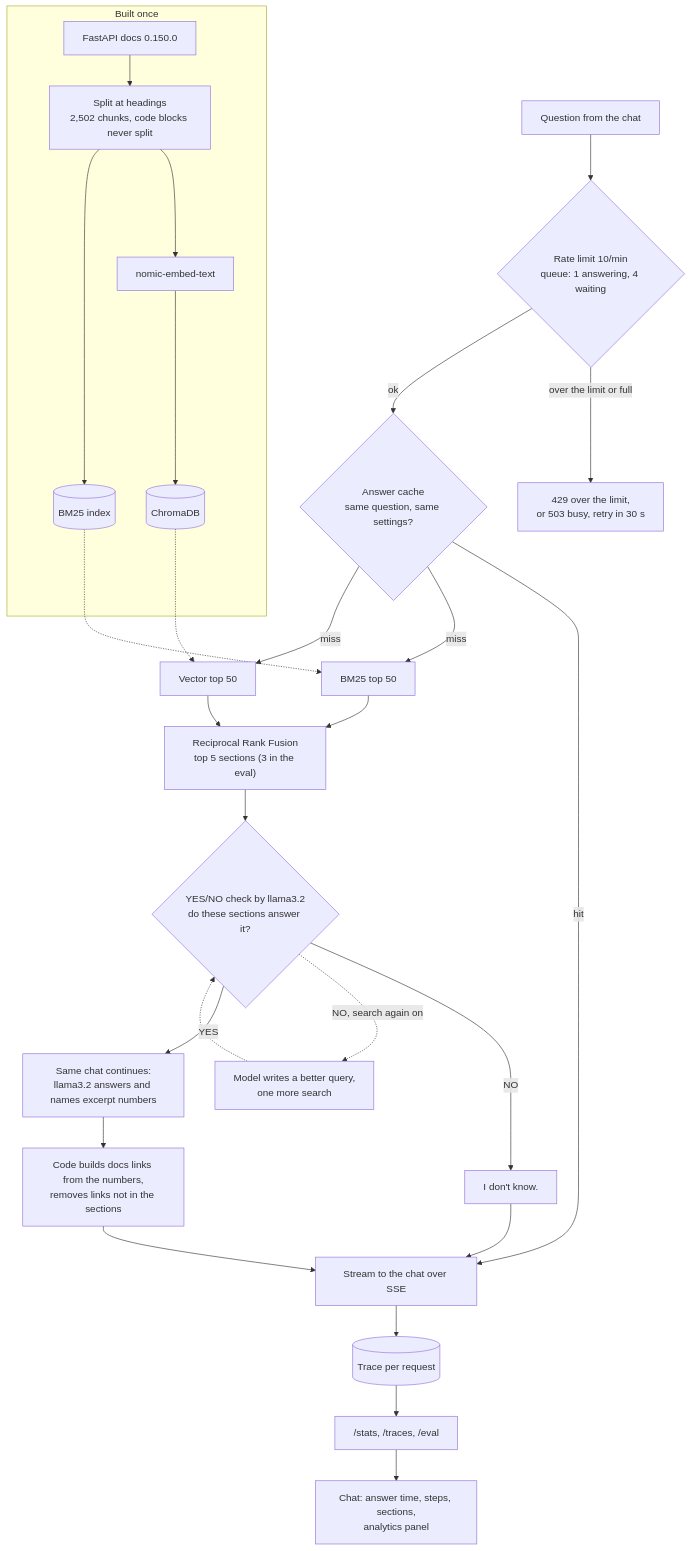
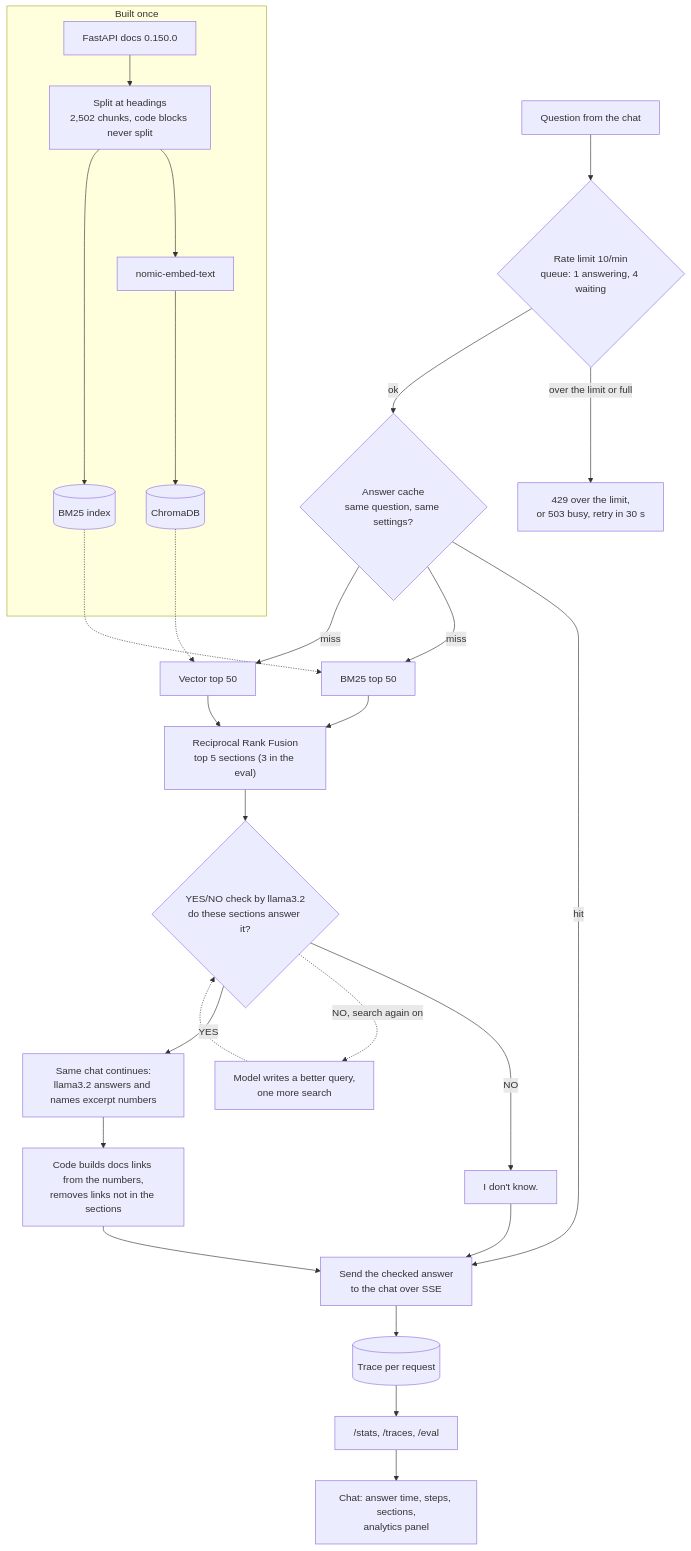
Before and after one commit to Dyukta/pinpoint-docs: the diagram in README.md, drawn with Mermaid. The commit also changed other lines of this file and 4 other files, not shown here.

````diff
--- a/README.md
+++ b/README.md
@@ -20,29 +20,29 @@
 ```mermaid
 flowchart TD
     subgraph index["Built once"]
         docs["FastAPI docs 0.150.0"] --> split["Split at headings<br/>2,502 chunks, code blocks never split"]
         split --> embed["nomic-embed-text"] --> chroma[("ChromaDB")]
         split --> bm25[("BM25 index")]
     end
 
     question["Question from the chat"] --> gate{"Rate limit 10/min<br/>queue: 1 answering, 4 waiting"}
     gate -->|"over the limit or full"| busy["429 over the limit,<br/>or 503 busy, retry in 30 s"]
     gate -->|"ok"| cache{"Answer cache<br/>same question, same settings?"}
     cache -->|"hit"| stream
     cache -->|"miss"| lexical["BM25 top 50"]
     cache -->|"miss"| semantic["Vector top 50"]
     bm25 -.-> lexical
     chroma -.-> semantic
     lexical --> fuse["Reciprocal Rank Fusion<br/>top 5 sections (3 in the eval)"]
     semantic --> fuse
     fuse --> check{"YES/NO check by llama3.2<br/>do these sections answer it?"}
     check -->|"NO"| idk["I don't know."]
     check -.->|"NO, search again on"| again["Model writes a better query,<br/>one more search"]
     again -.-> check
     check -->|"YES"| answer["Same chat continues:<br/>llama3.2 answers and names excerpt numbers"]
     answer --> links["Code builds docs links from the numbers,<br/>removes links not in the sections"]
-    links --> stream["Stream to the chat over SSE"]
+    links --> stream["Send the checked answer<br/>to the chat over SSE"]
     idk --> stream
     stream --> trace[("Trace per request")]
     trace --> api["/stats, /traces, /eval"] --> ui["Chat: answer time, steps, sections,<br/>analytics panel"]
 ```
````
